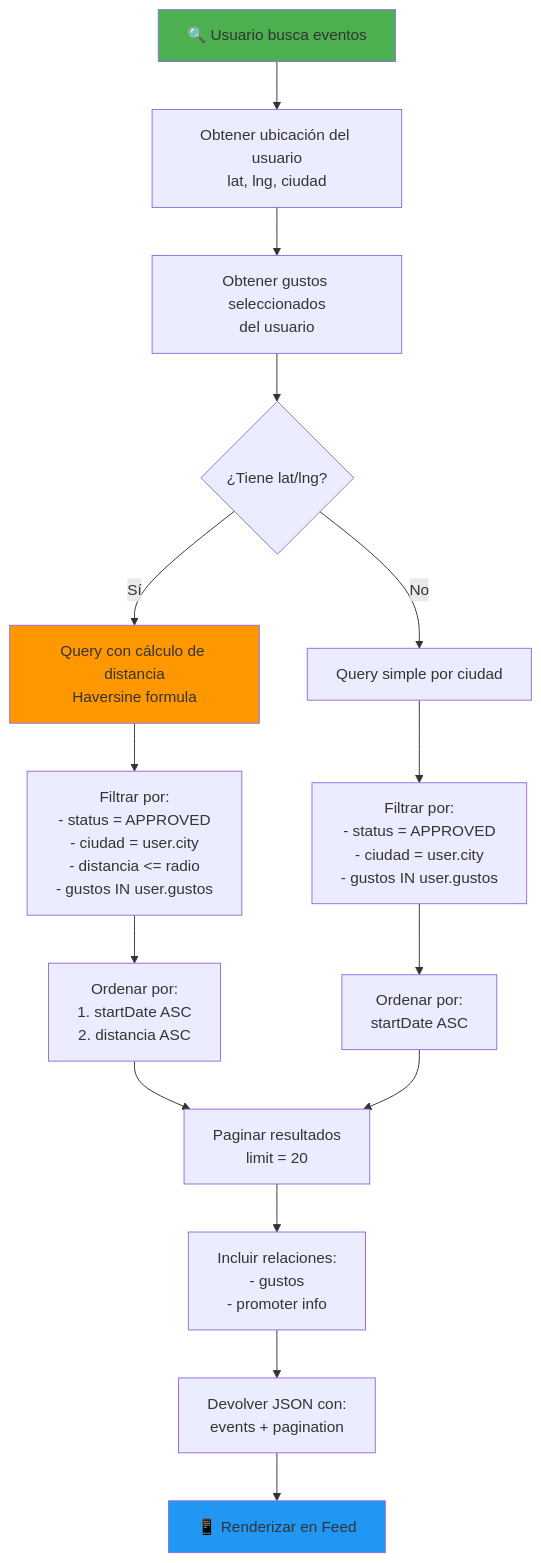
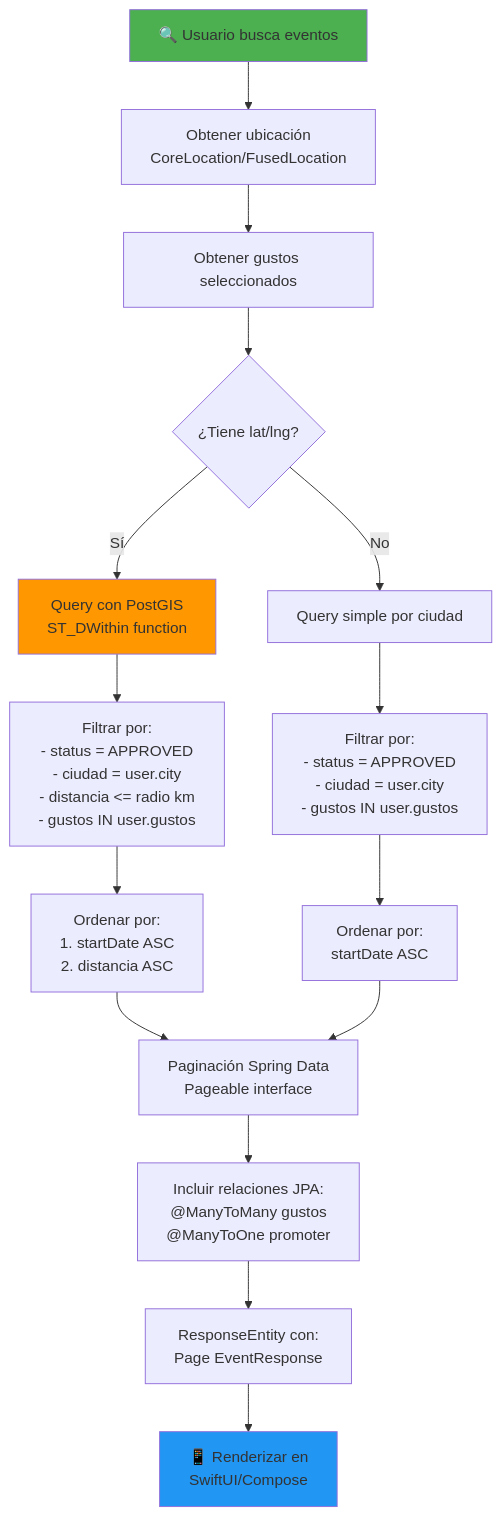
The seventh of 12 diagrams in DIAGRAMAS.md (juansuarez-pragma/amigusto_doc), drawn with Mermaid before and after one commit. The commit also changed other lines of this file and 2 other files, not shown here.

````diff
--- a/DIAGRAMAS.md
+++ b/DIAGRAMAS.md
@@ -324,32 +332,32 @@
 ```mermaid
 flowchart TD
-    A[🔍 Usuario busca eventos] --> B[Obtener ubicación del usuario<br/>lat, lng, ciudad]
+    A[🔍 Usuario busca eventos] --> B[Obtener ubicación<br/>CoreLocation/FusedLocation]
 
-    B --> C[Obtener gustos seleccionados<br/>del usuario]
+    B --> C[Obtener gustos seleccionados]
 
     C --> D{¿Tiene lat/lng?}
 
-    D -->|Sí| E[Query con cálculo de distancia<br/>Haversine formula]
+    D -->|Sí| E[Query con PostGIS<br/>ST_DWithin function]
     D -->|No| F[Query simple por ciudad]
 
-    E --> G[Filtrar por:<br/>- status = APPROVED<br/>- ciudad = user.city<br/>- distancia <= radio<br/>- gustos IN user.gustos]
+    E --> G[Filtrar por:<br/>- status = APPROVED<br/>- ciudad = user.city<br/>- distancia <= radio km<br/>- gustos IN user.gustos]
 
     F --> H[Filtrar por:<br/>- status = APPROVED<br/>- ciudad = user.city<br/>- gustos IN user.gustos]
 
     G --> I[Ordenar por:<br/>1. startDate ASC<br/>2. distancia ASC]
 
     H --> J[Ordenar por:<br/>startDate ASC]
 
-    I --> K[Paginar resultados<br/>limit = 20]
+    I --> K[Paginación Spring Data<br/>Pageable interface]
     J --> K
 
-    K --> L[Incluir relaciones:<br/>- gustos<br/>- promoter info]
+    K --> L[Incluir relaciones JPA:<br/>@ManyToMany gustos<br/>@ManyToOne promoter]
 
-    L --> M[Devolver JSON con:<br/>events + pagination]
+    L --> M[ResponseEntity con:<br/>Page EventResponse]
 
-    M --> N[📱 Renderizar en Feed]
+    M --> N[📱 Renderizar en<br/>SwiftUI/Compose]
 
     style A fill:#4CAF50
     style E fill:#FF9800
     style N fill:#2196F3
 ```
````
